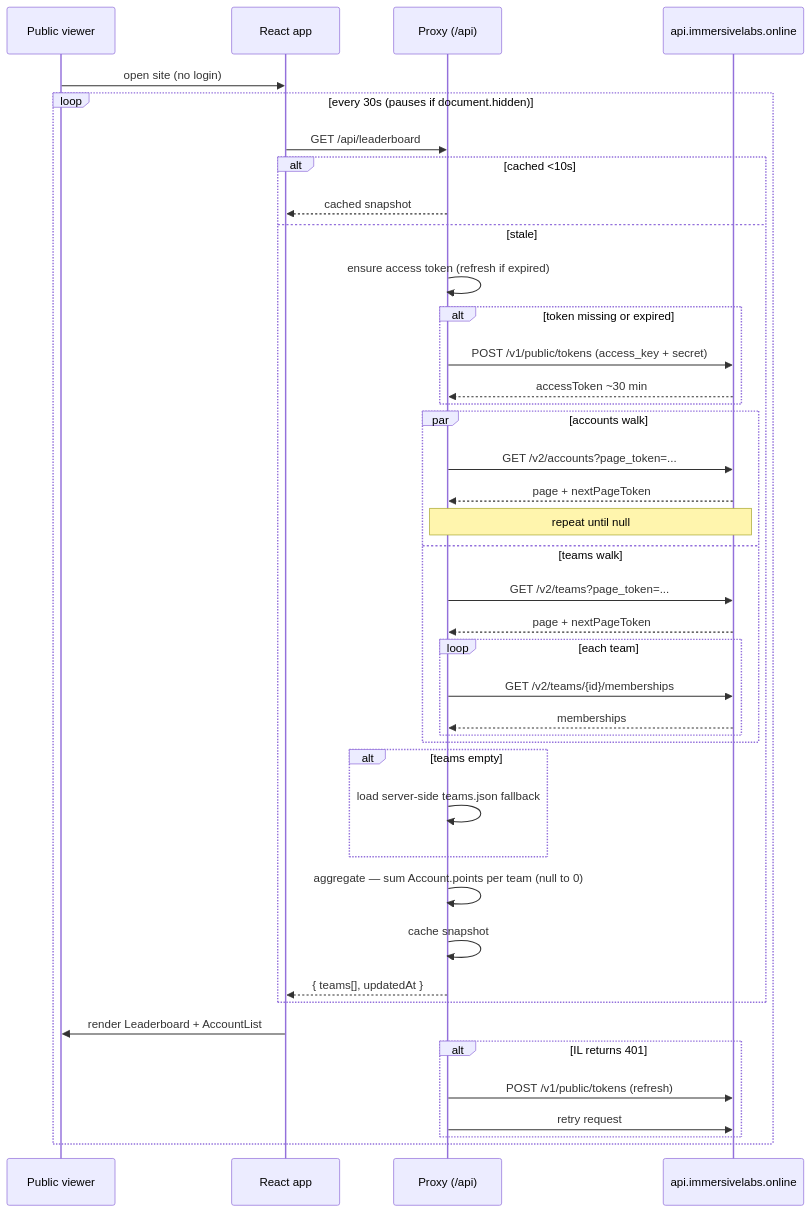
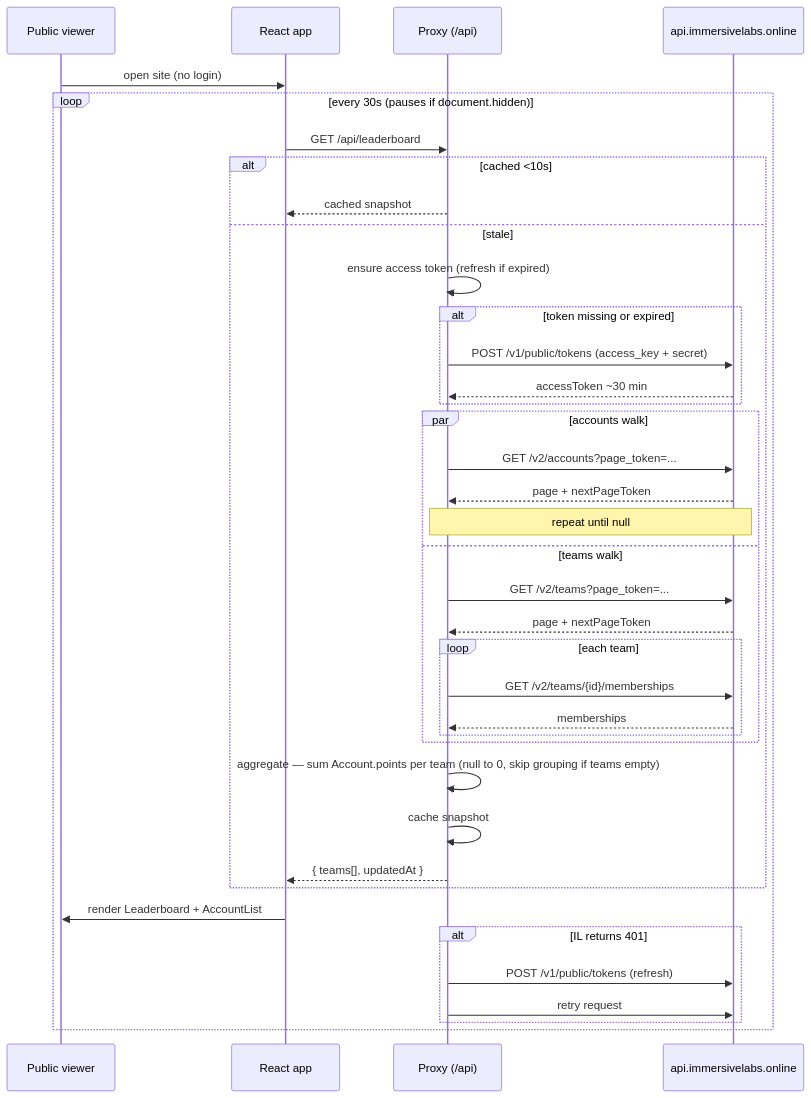
The first of 3 diagrams in docs/data-flow.md (Arylmera/TheGreenGauntlet), drawn with Mermaid before and after one commit. The commit also changed other lines of this file and 8 other files, not shown here.

First line of the commit message:
Add per-part implementation plans, drop teams.json fallback

````diff
--- a/docs/data-flow.md
+++ b/docs/data-flow.md
@@ -7,44 +7,41 @@
 ```mermaid
 sequenceDiagram
     participant U as Public viewer
     participant FE as React app
     participant PX as Proxy (/api)
     participant IL as api.immersivelabs.online
 
     U->>FE: open site (no login)
     loop every 30s (pauses if document.hidden)
         FE->>PX: GET /api/leaderboard
         alt cached <10s
             PX-->>FE: cached snapshot
         else stale
             PX->>PX: ensure access token (refresh if expired)
             alt token missing or expired
                 PX->>IL: POST /v1/public/tokens (access_key + secret)
                 IL-->>PX: accessToken ~30 min
             end
             par accounts walk
                 PX->>IL: GET /v2/accounts?page_token=...
                 IL-->>PX: page + nextPageToken
                 Note over PX,IL: repeat until null
             and teams walk
                 PX->>IL: GET /v2/teams?page_token=...
                 IL-->>PX: page + nextPageToken
                 loop each team
                     PX->>IL: GET /v2/teams/{id}/memberships
                     IL-->>PX: memberships
                 end
             end
-            alt teams empty
-                PX->>PX: load server-side teams.json fallback
-            end
-            PX->>PX: aggregate — sum Account.points per team (null to 0)
+            PX->>PX: aggregate — sum Account.points per team (null to 0, skip grouping if teams empty)
             PX->>PX: cache snapshot
             PX-->>FE: { teams[], updatedAt }
         end
         FE->>U: render Leaderboard + AccountList
         alt IL returns 401
             PX->>IL: POST /v1/public/tokens (refresh)
             PX->>IL: retry request
         end
     end
 ```
````
